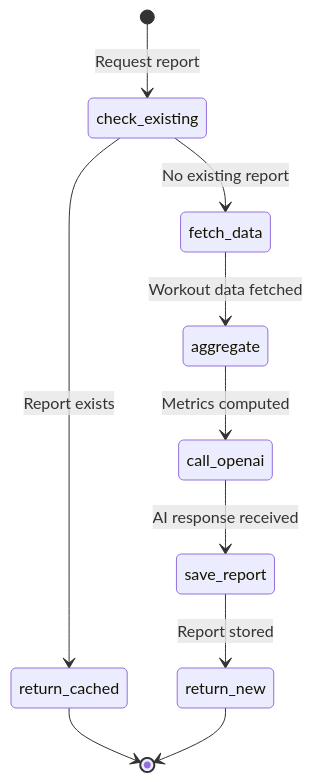
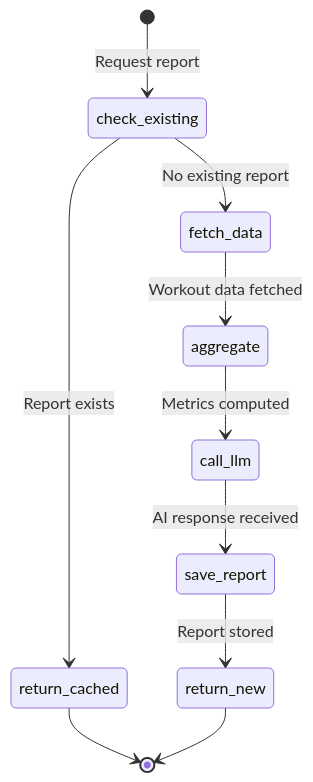
One commit to misty-step/volume changed the first of 3 diagrams in docs/state-diagrams/ai-report-generation.md. Above: the diagram before and after it, drawn with Mermaid. The commit also changed other lines of this file and 22 other files, not shown here.

````diff
--- a/docs/state-diagrams/ai-report-generation.md
+++ b/docs/state-diagrams/ai-report-generation.md
@@ -15,15 +15,15 @@
 ```mermaid
 stateDiagram-v2
     [*] --> check_existing: Request report
 
     check_existing --> return_cached: Report exists
     check_existing --> fetch_data: No existing report
 
     fetch_data --> aggregate: Workout data fetched
-    aggregate --> call_openai: Metrics computed
-    call_openai --> save_report: AI response received
+    aggregate --> call_llm: Metrics computed
+    call_llm --> save_report: AI response received
     save_report --> return_new: Report stored
 
     return_cached --> [*]
     return_new --> [*]
 ```
````
